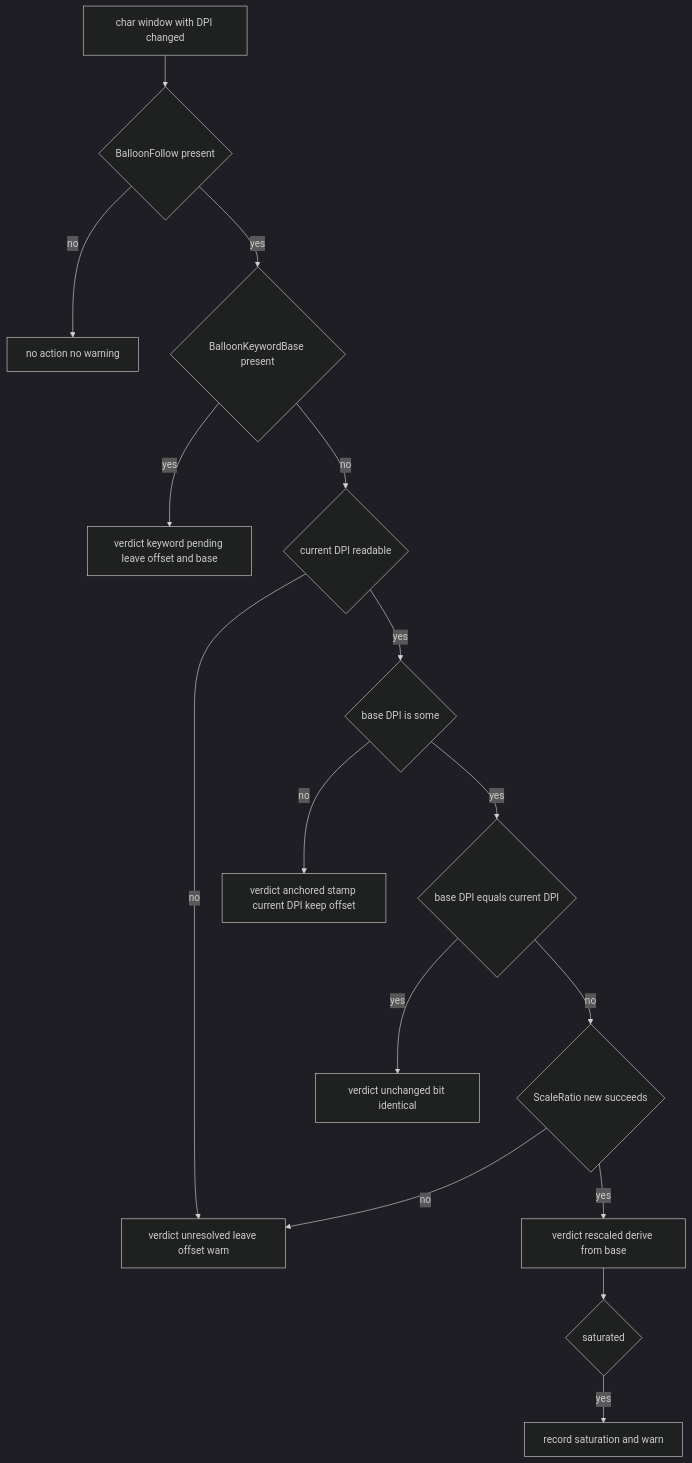
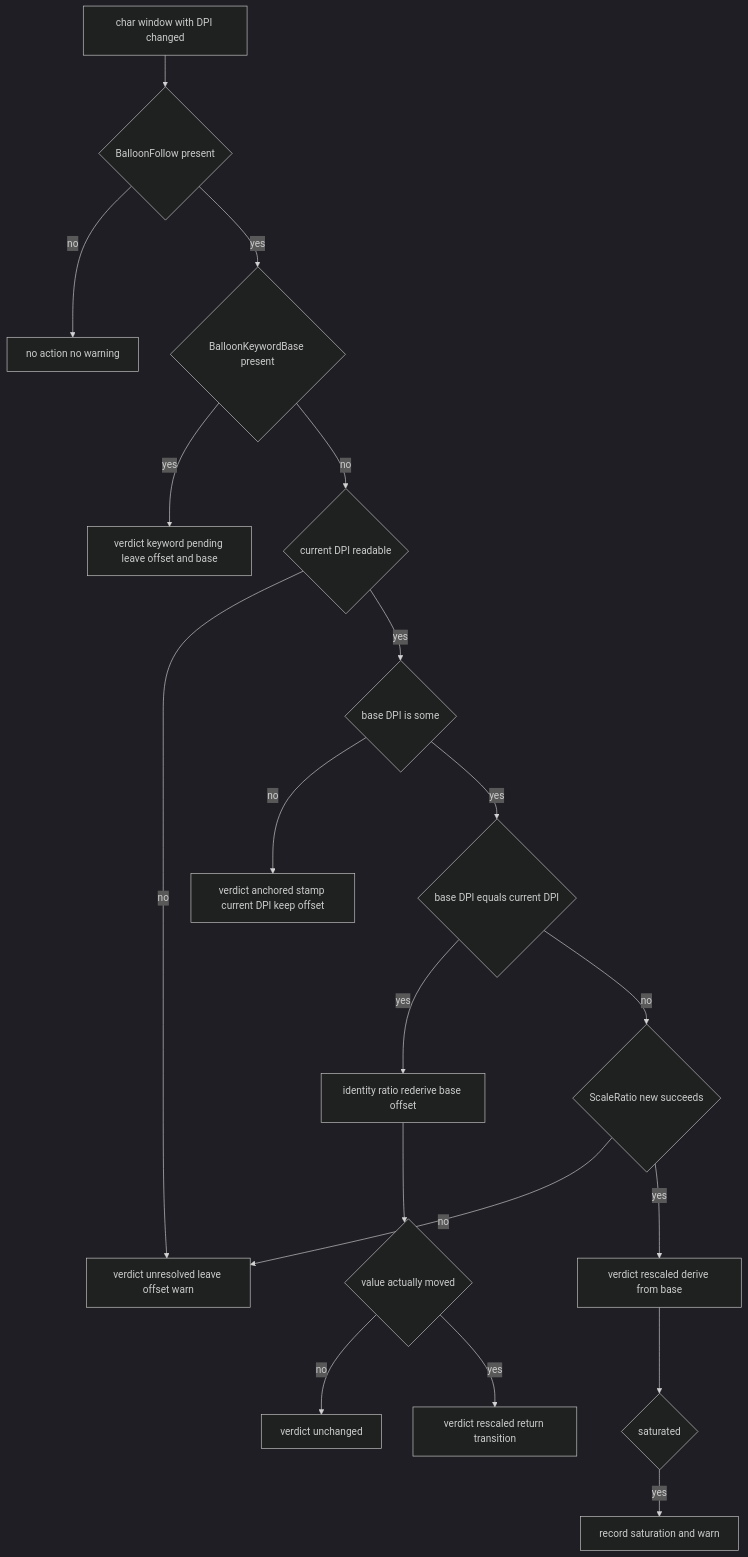
The third of 3 diagrams in .kiro/specs/areka-P0-balloon-offset-dpi/design.md (ekicyou/areka), drawn with Mermaid (dark theme) before and after one commit. The commit also changed other lines of this file and 5 other files, not shown here.

First line of the commit message:
fix(areka-P0-balloon-offset-dpi): re-derive from the base on an identity ratio

````diff
--- a/.kiro/specs/areka-P0-balloon-offset-dpi/design.md
+++ b/.kiro/specs/areka-P0-balloon-offset-dpi/design.md
@@ -282,18 +282,21 @@
 ```mermaid
 flowchart TD
     Start[char window with DPI changed] --> HasFollow{BalloonFollow present}
     HasFollow -- no --> Skip[no action no warning]
     HasFollow -- yes --> HasKeyword{BalloonKeywordBase present}
     HasKeyword -- yes --> Pending[verdict keyword pending leave offset and base]
     HasKeyword -- no --> HasDpi{current DPI readable}
     HasDpi -- no --> Unresolved[verdict unresolved leave offset warn]
     HasDpi -- yes --> Anchored{base DPI is some}
     Anchored -- no --> Anchor[verdict anchored stamp current DPI keep offset]
     Anchored -- yes --> Same{base DPI equals current DPI}
-    Same -- yes --> Unchanged[verdict unchanged bit identical]
+    Same -- yes --> Identity[identity ratio rederive base offset]
+    Identity --> Moved{value actually moved}
+    Moved -- no --> Unchanged[verdict unchanged]
+    Moved -- yes --> Returned[verdict rescaled return transition]
     Same -- no --> Ratio{ScaleRatio new succeeds}
     Ratio -- no --> Unresolved
     Ratio -- yes --> Rescaled[verdict rescaled derive from base]
     Rescaled --> Sat{saturated}
     Sat -- yes --> Warn[record saturation and warn]
 ```
````
